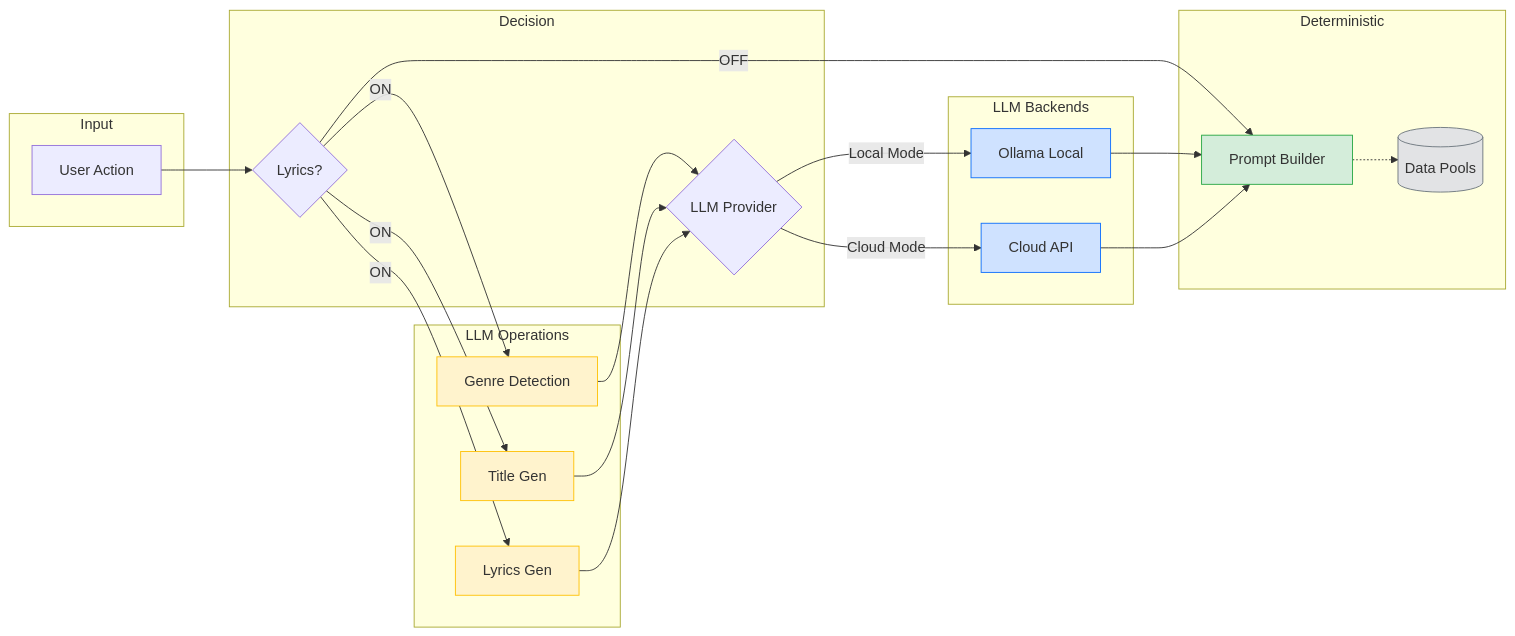
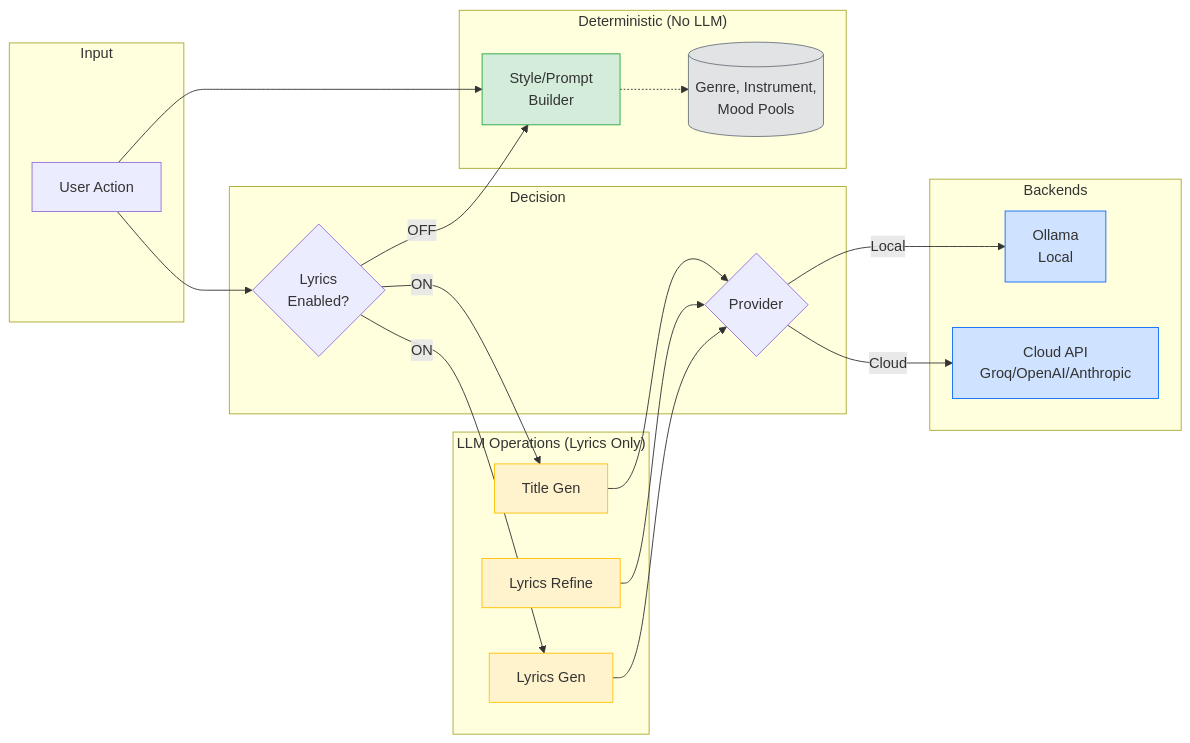
The diagram in README.md (ddv1982/suno-prompting), drawn with Mermaid before and after one commit. The commit also changed 1 other file, not shown here.

Commit message:
docs: fix code review issues and update architecture diagram
- Remove 'offline mode' from debug label since deterministic refine is now used for all providers
- Update JSDoc to clarify lyrics refinement works with both cloud and local LLM
- Update mermaid architecture diagram to accurately reflect:
  - Style operations are ALWAYS deterministic (no LLM)
  - LLM is only used for lyrics (gen, refine, title)
  - Clearer node labels and flow

````diff
--- a/README.md
+++ b/README.md
@@ -429,49 +429,49 @@
 ```mermaid
 flowchart LR
     subgraph Input
         UI[User Action]
     end
 
     subgraph Decision
-        LYR{Lyrics?}
-        PROVIDER{LLM Provider}
+        LYR{Lyrics<br/>Enabled?}
+        PROVIDER{Provider}
     end
 
-    subgraph Deterministic
-        BUILD[Prompt Builder]
-        DATA[(Data Pools)]
+    subgraph "Deterministic (No LLM)"
+        STYLE[Style/Prompt<br/>Builder]
+        DATA[(Genre, Instrument,<br/>Mood Pools)]
     end
 
-    subgraph "LLM Operations"
-        GEN[Genre Detection]
-        TITLE[Title Gen]
-        LYRICS[Lyrics Gen]
+    subgraph "LLM Operations (Lyrics Only)"
+        LGEN[Lyrics Gen]
+        LREF[Lyrics Refine]
+        LTITLE[Title Gen]
     end
 
-    subgraph "LLM Backends"
-        OLLAMA[Ollama Local]
-        CLOUD[Cloud API]
+    subgraph Backends
+        OLLAMA[Ollama<br/>Local]
+        CLOUD[Cloud API<br/>Groq/OpenAI/Anthropic]
     end
 
+    UI --> STYLE
+    STYLE -.-> DATA
     UI --> LYR
-    LYR -->|OFF| BUILD
-    LYR -->|ON| GEN
-    LYR -->|ON| TITLE
-    LYR -->|ON| LYRICS
-    GEN --> PROVIDER
-    TITLE --> PROVIDER
-    LYRICS --> PROVIDER
-    PROVIDER -->|Local Mode| OLLAMA --> BUILD
-    PROVIDER -->|Cloud Mode| CLOUD --> BUILD
-    BUILD -.-> DATA
+    LYR -->|OFF| STYLE
+    LYR -->|ON| LGEN
+    LYR -->|ON| LTITLE
+    LGEN --> PROVIDER
+    LREF --> PROVIDER
+    LTITLE --> PROVIDER
+    PROVIDER -->|Local| OLLAMA
+    PROVIDER -->|Cloud| CLOUD
 
     classDef det fill:#d4edda,stroke:#28a745
     classDef ai fill:#fff3cd,stroke:#ffc107
     classDef data fill:#e2e3e5,stroke:#6c757d
     classDef provider fill:#cfe2ff,stroke:#0d6efd
 
-    class BUILD det
-    class GEN,TITLE,LYRICS ai
+    class STYLE det
+    class LGEN,LREF,LTITLE ai
     class DATA data
     class OLLAMA,CLOUD provider
 ```
````
